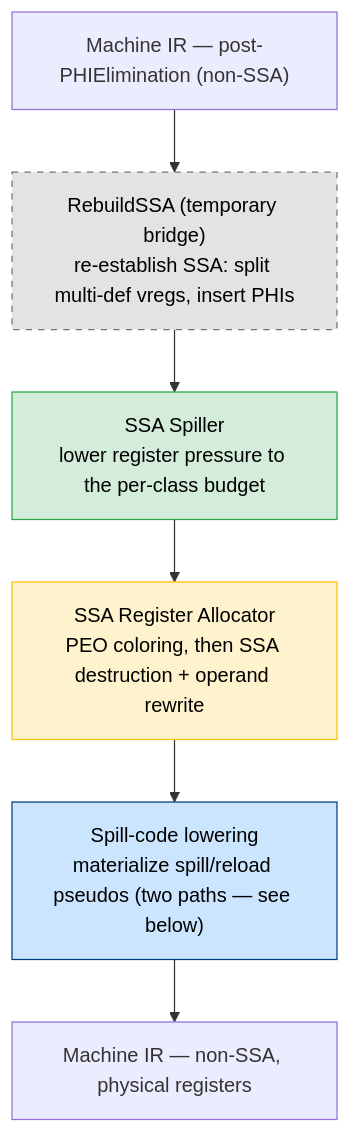
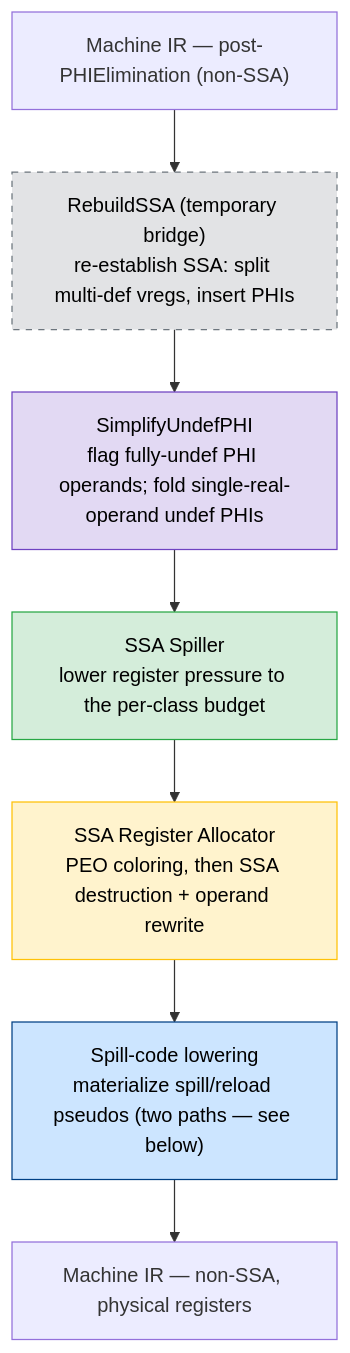
The first of 2 diagrams in SSARA/04-Design/Architecture.md (alex-t/ssa-spiller-docs), drawn with Mermaid before and after one commit. The commit also changed other lines of this file and 28 other files, not shown here.

````diff
--- a/SSARA/04-Design/Architecture.md
+++ b/SSARA/04-Design/Architecture.md
@@ -24,16 +24,18 @@
 ```mermaid
 flowchart TD
     IN["Machine IR — post-PHIElimination (non-SSA)"]
     RS["RebuildSSA (temporary bridge)<br/>re-establish SSA: split multi-def vregs, insert PHIs"]
+    SU["SimplifyUndefPHI<br/>flag fully-undef PHI operands; fold single-real-operand undef PHIs"]
     SP["SSA Spiller<br/>lower register pressure to the per-class budget"]
     RA["SSA Register Allocator<br/>PEO coloring, then SSA destruction + operand rewrite"]
     LS["Spill-code lowering<br/>materialize spill/reload pseudos (two paths — see below)"]
     OUT["Machine IR — non-SSA, physical registers"]
 
-    IN --> RS --> SP --> RA --> LS --> OUT
+    IN --> RS --> SU --> SP --> RA --> LS --> OUT
 
     style RS fill:#e2e3e5,stroke:#6c757d,color:#000,stroke-dasharray: 5 5
+    style SU fill:#e2d9f3,stroke:#6f42c1,color:#000
     style SP fill:#d4edda,stroke:#28a745,color:#000
     style RA fill:#fff3cd,stroke:#ffc107,color:#000
     style LS fill:#cce5ff,stroke:#004085,color:#000
 ```
````
